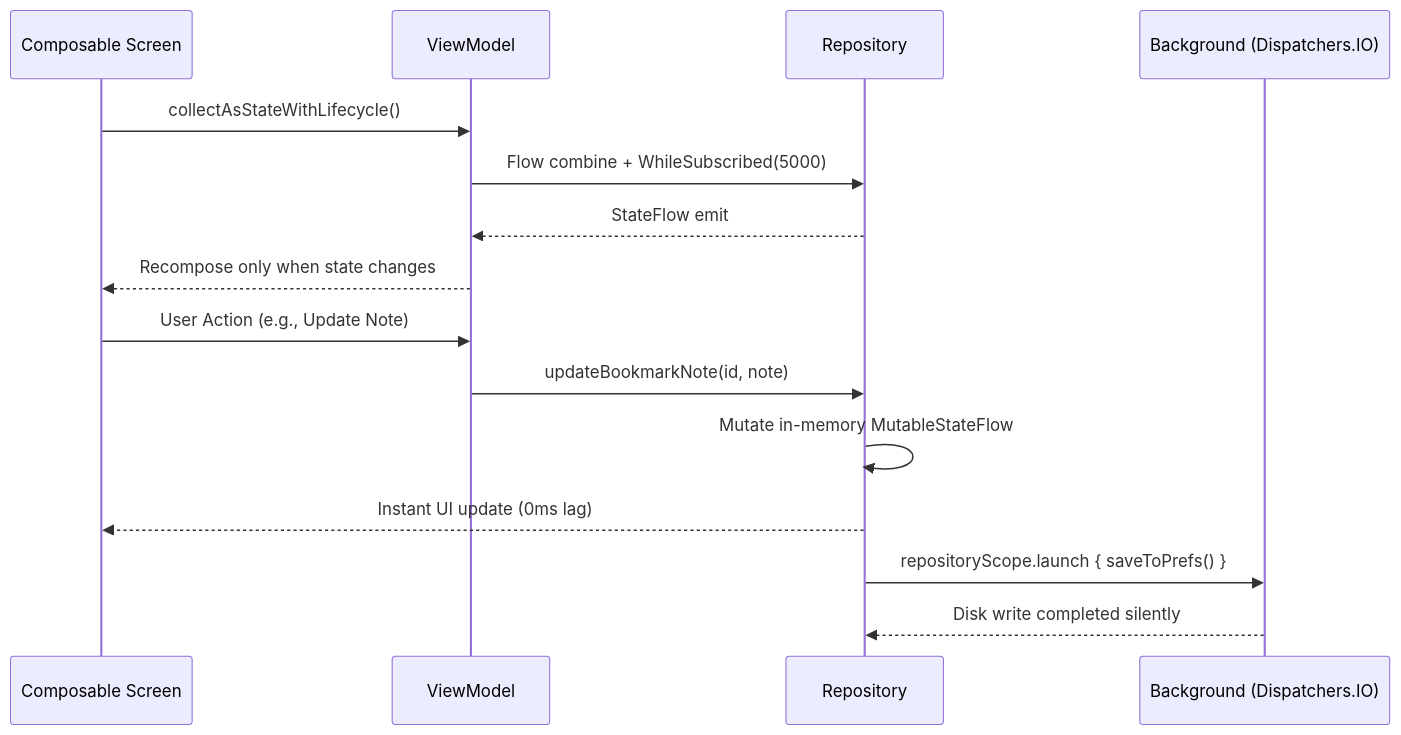
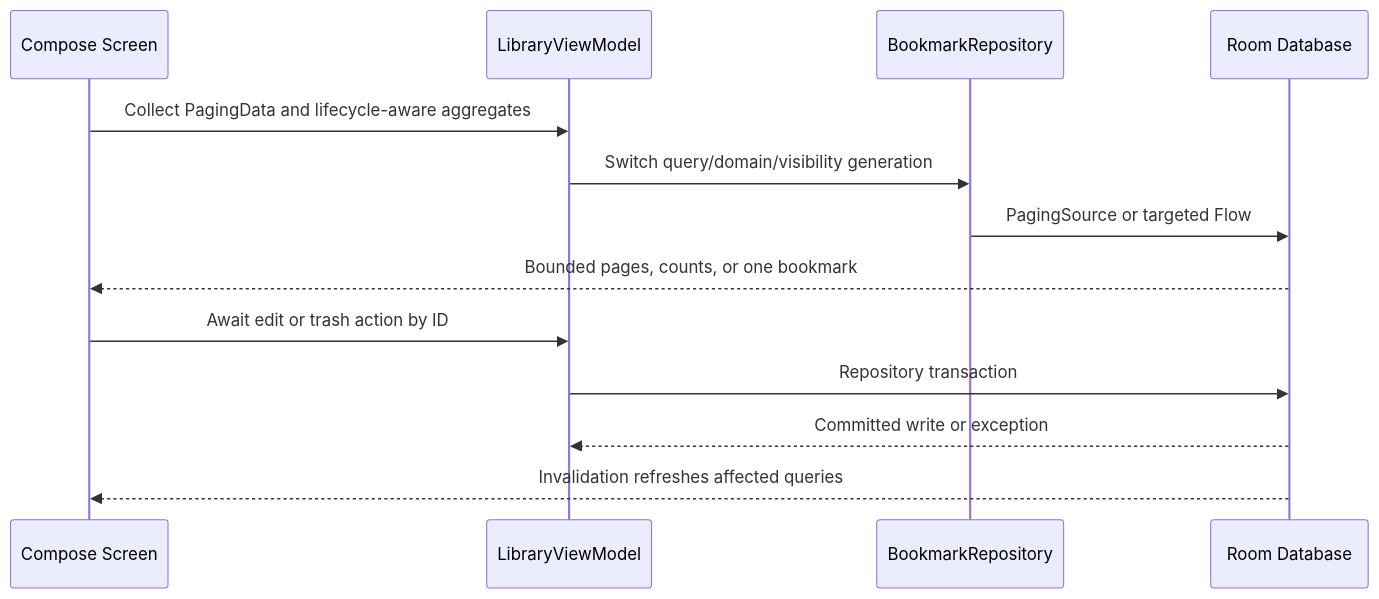
The second of 2 diagrams in docs/data_models.md (bubblespark/Tidilo), drawn with Mermaid before and after one commit. The commit also changed other lines of this file and 28 other files, not shown here.

Commit message:
feat(library): complete Room-backed paging and targeted persistence

````diff
--- a/docs/data_models.md
+++ b/docs/data_models.md
@@ -209,18 +209,15 @@
 ```mermaid
 sequenceDiagram
-    participant UI as Composable Screen
-    participant VM as ViewModel
-    participant Repo as Repository
-    participant IO as Background (Dispatchers.IO)
-
-    UI->>VM: collectAsStateWithLifecycle()
-    VM->>Repo: Flow combine + WhileSubscribed(5000)
-    Repo-->>VM: StateFlow emit
-    VM-->>UI: Recompose only when state changes
-    UI->>VM: User Action (e.g., Update Note)
-    VM->>Repo: updateBookmarkNote(id, note)
-    Repo->>Repo: Mutate in-memory MutableStateFlow
-    Repo-->>UI: Instant UI update (0ms lag)
-    Repo->>IO: repositoryScope.launch { saveToPrefs() }
-    IO-->>Repo: Disk write completed silently
+    participant UI as Compose Screen
+    participant VM as LibraryViewModel
+    participant Repo as BookmarkRepository
+    participant DB as Room Database
+    UI->>VM: Collect PagingData and lifecycle-aware aggregates
+    VM->>Repo: Switch query/domain/visibility generation
+    Repo->>DB: PagingSource or targeted Flow
+    DB-->>UI: Bounded pages, counts, or one bookmark
+    UI->>VM: Await edit or trash action by ID
+    VM->>DB: Repository transaction
+    DB-->>VM: Committed write or exception
+    DB-->>UI: Invalidation refreshes affected queries
 ```
````
